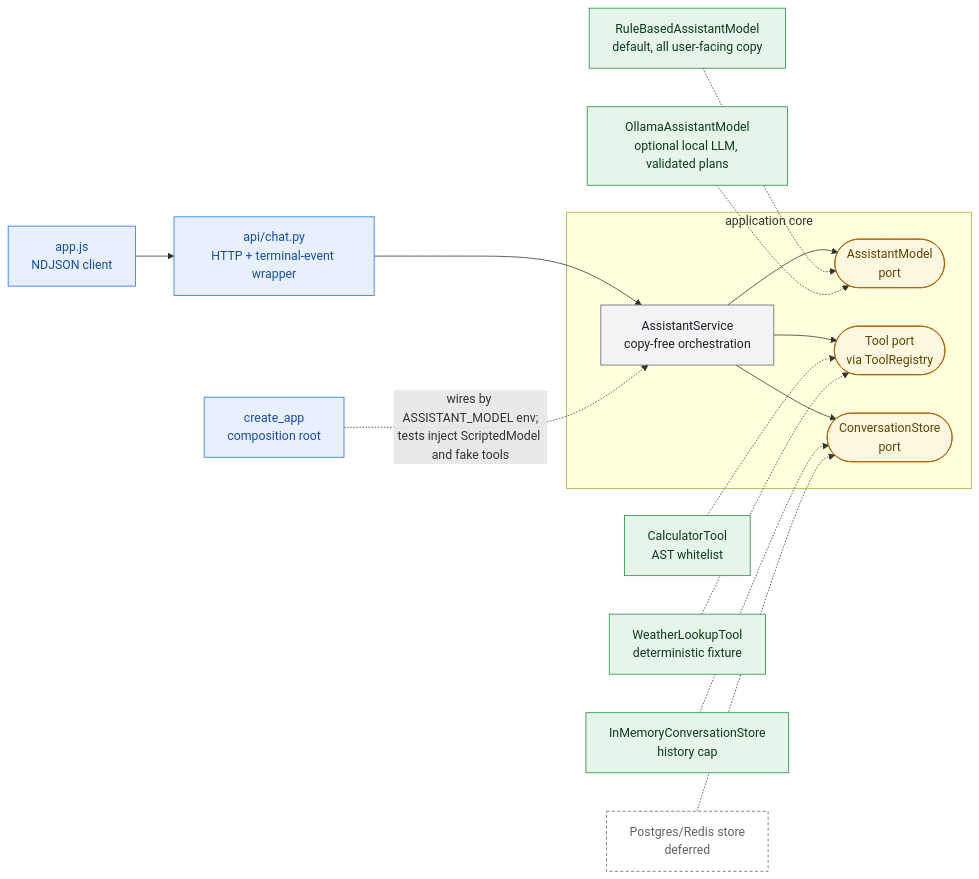
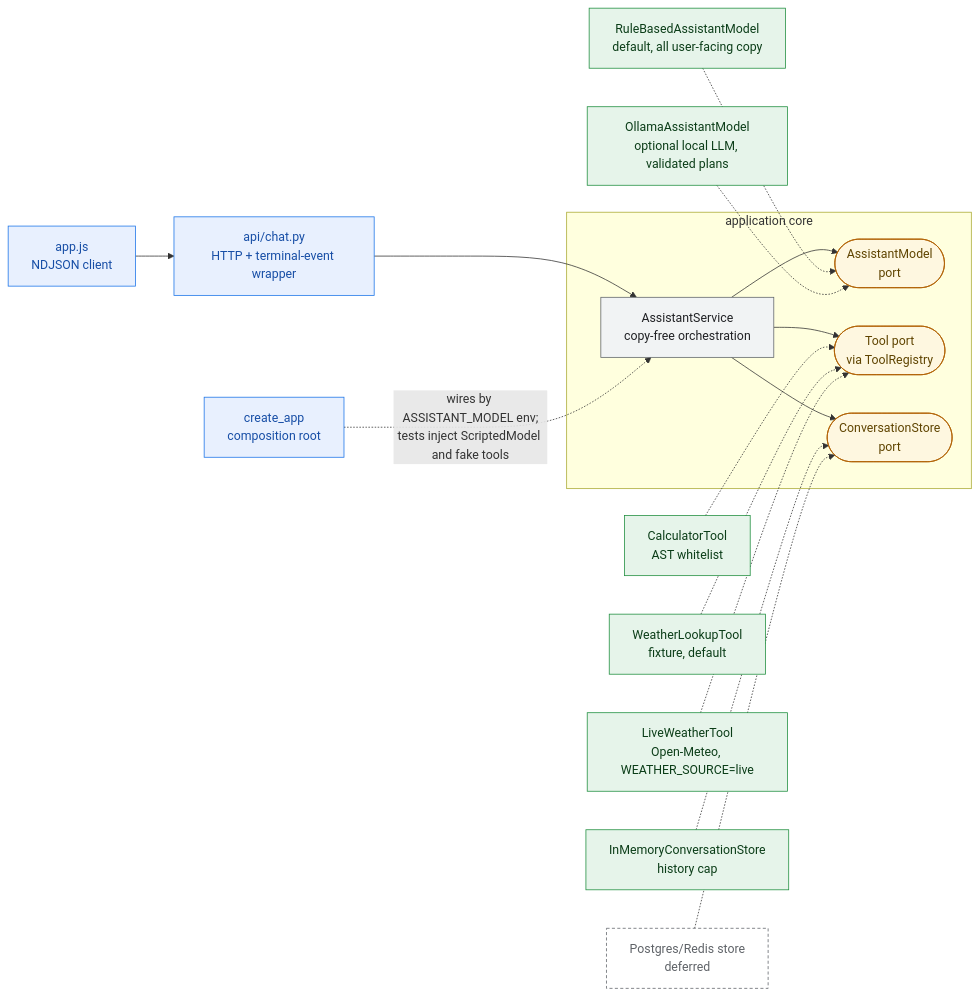
Before and after one commit to wesammustafa/streaming-chat-agent: the second of 3 diagrams in DESIGN.md, drawn with Mermaid. The commit also changed other lines of this file and 4 other files, not shown here.

Commit message:
feat(tools): add live Open-Meteo weather source behind env flag

````diff
--- a/DESIGN.md
+++ b/DESIGN.md
@@ -99,31 +99,32 @@
 ```mermaid
 flowchart LR
   classDef driver fill:#e8f0fe,stroke:#1a73e8,color:#174ea6;
   classDef core fill:#f1f3f4,stroke:#5f6368,color:#202124;
   classDef port fill:#fef7e0,stroke:#b06000,color:#5f4400;
   classDef adapter fill:#e6f4ea,stroke:#1e8e3e,color:#0b3d18;
   classDef deferred fill:#ffffff,stroke:#5f6368,color:#5f6368,stroke-dasharray:4 3;
 
   JS[app.js<br/>NDJSON client]:::driver --> API[api/chat.py<br/>HTTP + terminal-event wrapper]:::driver
 
   subgraph CORE [application core]
     SVC[AssistantService<br/>copy-free orchestration]:::core
     PM([AssistantModel<br/>port]):::port
     PT([Tool port<br/>via ToolRegistry]):::port
     PS([ConversationStore<br/>port]):::port
     SVC --> PM
     SVC --> PT
     SVC --> PS
   end
 
   API --> SVC
 
   RB[RuleBasedAssistantModel<br/>default, all user-facing copy]:::adapter -.-> PM
   OL[OllamaAssistantModel<br/>optional local LLM, validated plans]:::adapter -.-> PM
   CALC[CalculatorTool<br/>AST whitelist]:::adapter -.-> PT
-  WX[WeatherLookupTool<br/>deterministic fixture]:::adapter -.-> PT
+  WX[WeatherLookupTool<br/>fixture, default]:::adapter -.-> PT
+  LIVE[LiveWeatherTool<br/>Open-Meteo, WEATHER_SOURCE=live]:::adapter -.-> PT
   IM[InMemoryConversationStore<br/>history cap]:::adapter -.-> PS
   PG[Postgres/Redis store<br/>deferred]:::deferred -.-> PS
 
   ROOT[create_app<br/>composition root]:::driver -. wires by ASSISTANT_MODEL env;<br/>tests inject ScriptedModel and fake tools .-> SVC
 ```
````
